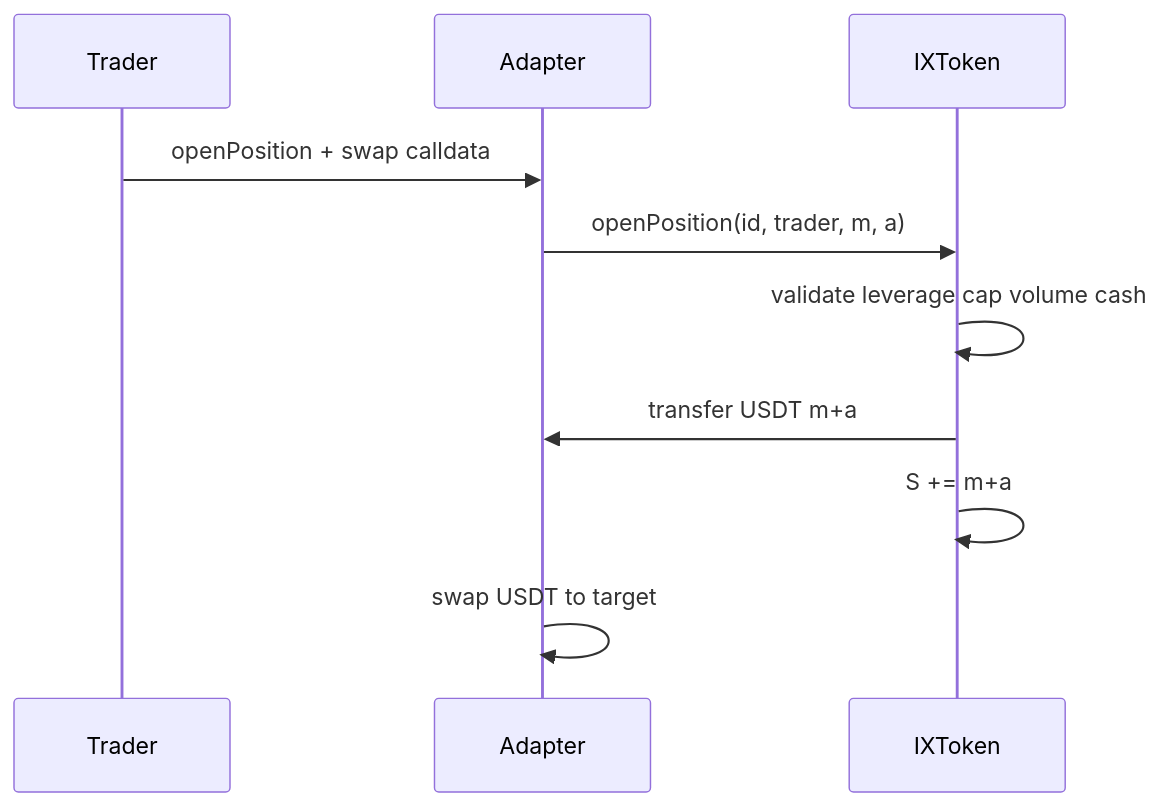
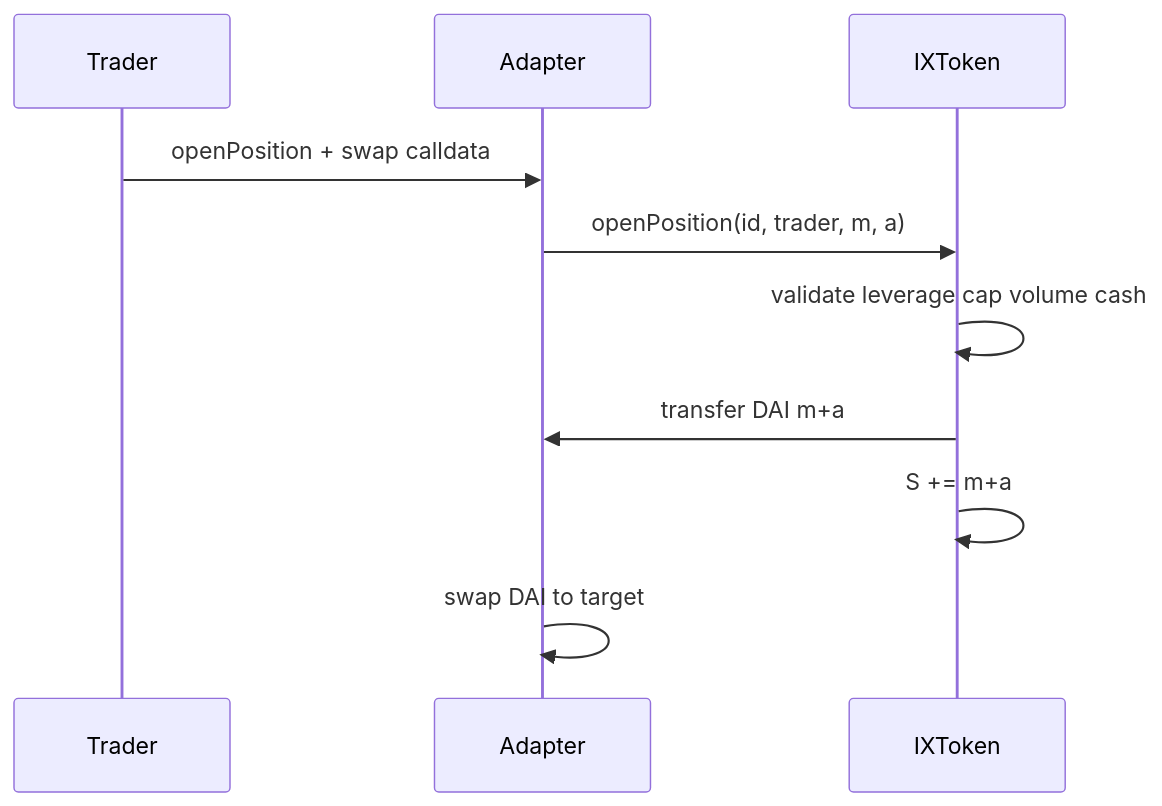
The first of 3 diagrams in gitbook/whitepaper/04-position_lifecycles.md (irislab-net/iris-docs), drawn with Mermaid before and after one commit. The commit also changed other lines of this file and 26 other files, not shown here.

````diff
--- a/gitbook/whitepaper/04-position_lifecycles.md
+++ b/gitbook/whitepaper/04-position_lifecycles.md
@@ -41,13 +41,13 @@
 ```mermaid
 sequenceDiagram
   participant Trader
   participant Adapter
   participant Vault as IXToken
 
   Trader->>Adapter: openPosition + swap calldata
   Adapter->>Vault: openPosition(id, trader, m, a)
   Vault->>Vault: validate leverage cap volume cash
-  Vault->>Adapter: transfer USDT m+a
+  Vault->>Adapter: transfer DAI m+a
   Vault->>Vault: S += m+a
-  Adapter->>Adapter: swap USDT to target
+  Adapter->>Adapter: swap DAI to target
 ```
````
